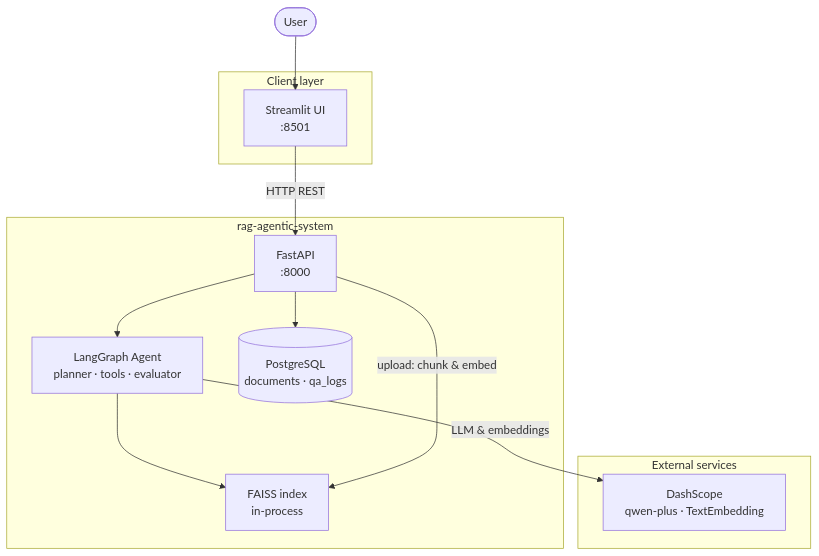
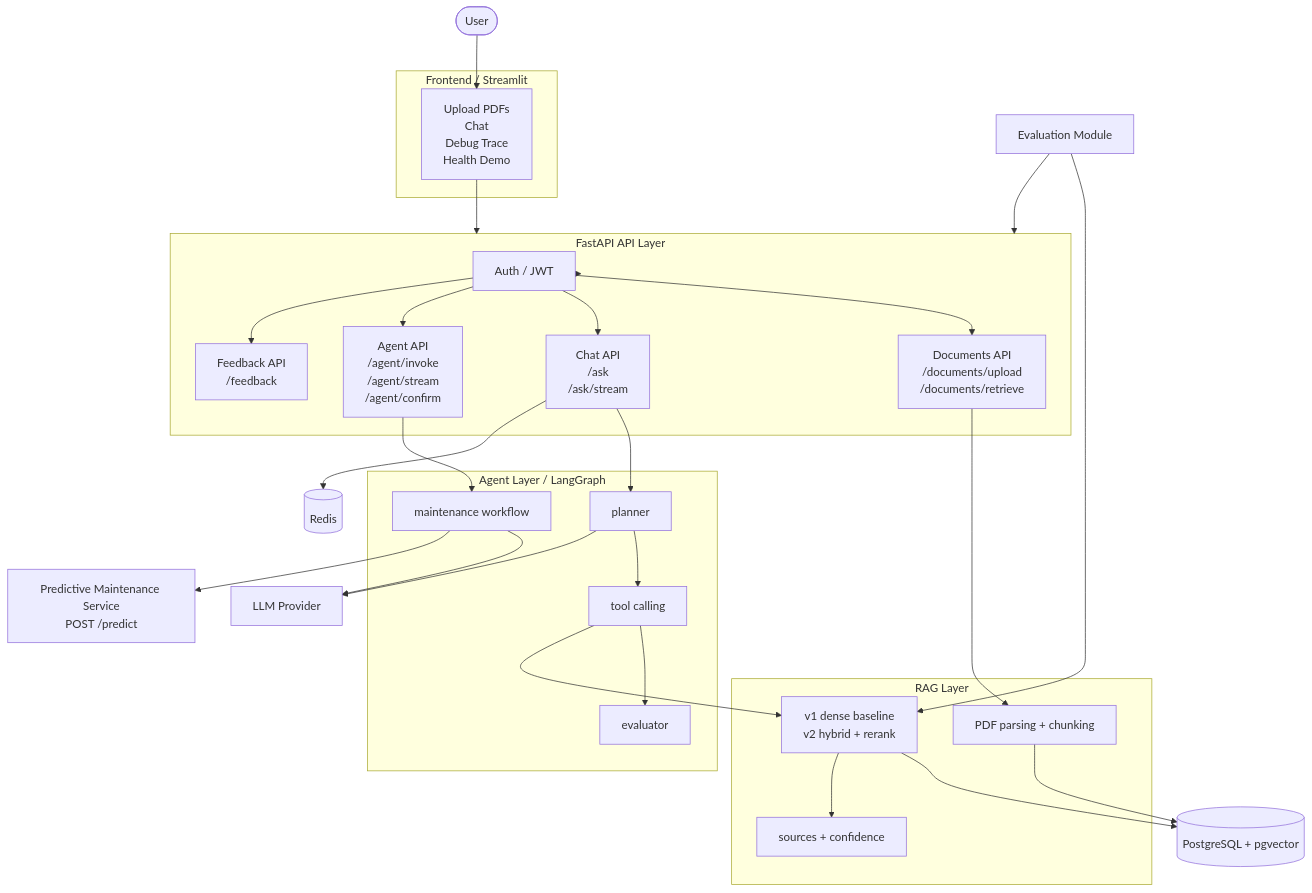
The diagram in README.en.md (ShihangPENg-afk/rag-agentic-system), drawn with Mermaid before and after one commit. The commit also changed other lines of this file and 25 other files, not shown here.

````diff
--- a/README.en.md
+++ b/README.en.md
@@ -38,27 +21,52 @@
 ```mermaid
 flowchart TB
-    User([User])
+    user(["User"])
 
-    subgraph client["Client layer"]
-        Streamlit["Streamlit UI<br/>:8501"]
+    subgraph frontend["Frontend / Streamlit"]
+        ui["Upload PDFs<br/>Chat<br/>Debug Trace<br/>Health Demo"]
     end
 
-    subgraph backend["rag-agentic-system"]
-        FastAPI["FastAPI<br/>:8000"]
-        LangGraph["LangGraph Agent<br/>planner · tools · evaluator"]
-        FAISS["FAISS index<br/>in-process"]
-        PG[("PostgreSQL<br/>documents · qa_logs")]
+    subgraph api["FastAPI API Layer"]
+        auth["Auth / JWT"]
+        docs_api["Documents API<br/>/documents/upload<br/>/documents/retrieve"]
+        chat_api["Chat API<br/>/ask<br/>/ask/stream"]
+        agent_api["Agent API<br/>/agent/invoke<br/>/agent/stream<br/>/agent/confirm"]
+        feedback_api["Feedback API<br/>/feedback"]
     end
 
-    subgraph external["External services"]
-        DashScope["DashScope<br/>qwen-plus · TextEmbedding"]
+    subgraph agent["Agent Layer / LangGraph"]
+        planner["planner"]
+        tools["tool calling"]
+        evaluator["evaluator"]
+        maintenance["maintenance workflow"]
     end
 
-    User --> Streamlit
-    Streamlit -->|"HTTP REST"| FastAPI
-    FastAPI --> LangGraph
-    LangGraph --> FAISS
-    LangGraph -->|"LLM & embeddings"| DashScope
-    FastAPI --> PG
-    FastAPI -->|"upload: chunk & embed"| FAISS
+    subgraph rag["RAG Layer"]
+        parser["PDF parsing + chunking"]
+        retrieval["v1 dense baseline<br/>v2 hybrid + rerank"]
+        evidence["sources + confidence"]
+    end
+
+    pg[("PostgreSQL + pgvector")]
+    redis[("Redis")]
+    predictive["Predictive Maintenance Service<br/>POST /predict"]
+    llm["LLM Provider"]
+    evals["Evaluation Module"]
+
+    user --> ui --> api --> auth
+    auth --> docs_api
+    auth --> chat_api
+    auth --> agent_api
+    auth --> feedback_api
+    docs_api --> parser --> pg
+    chat_api --> planner --> tools --> evaluator
+    agent_api --> maintenance
+    tools --> retrieval --> pg
+    retrieval --> evidence
+    planner --> llm
+    maintenance --> llm
+    maintenance --> predictive
+    chat_api --> redis
+    evals --> api
+    evals --> retrieval
 ```
````
